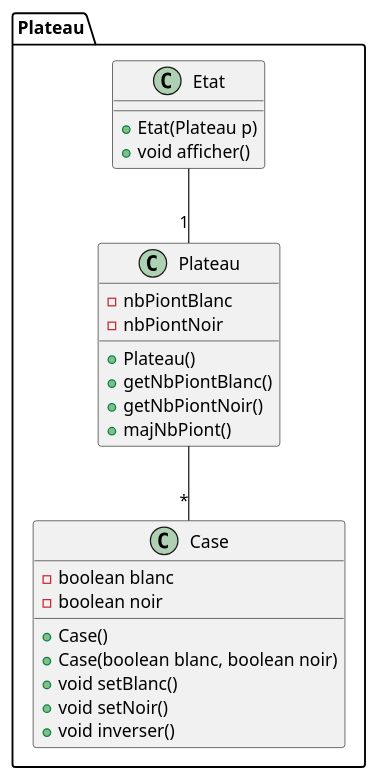
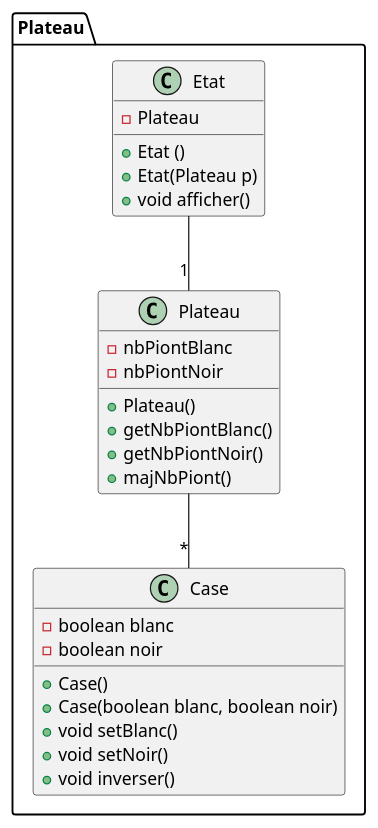
Before and after one commit to HRomaric/Othello: the diagram in src/othello/uml/plateau.puml, drawn with PlantUML. The commit also changed 1 other file, not shown here.

Commit message:
Ajout du constructeur dans la classe Plateau et mise à jour de UML légèrement

```diff
--- a/src/othello/uml/plateau.puml
+++ b/src/othello/uml/plateau.puml
@@ -1,30 +1,32 @@
 @startuml
 package Plateau{
     class "Case" as case{
         - boolean blanc
         - boolean noir
         + Case()
         + Case(boolean blanc, boolean noir)
         + void setBlanc()
         + void setNoir()
         + void inverser()
     }
 
     class "Plateau" as plateau{
         - nbPiontBlanc
         - nbPiontNoir
         + Plateau()
         + getNbPiontBlanc()
         + getNbPiontNoir()
         + majNbPiont()
     }
 
     class "Etat" as etat{
+        - Plateau
+        + Etat ()
         + Etat(Plateau p)
         + void afficher()
     }
 }
 
 plateau -- "*" case
 etat -- "1" plateau
 @enduml
```
